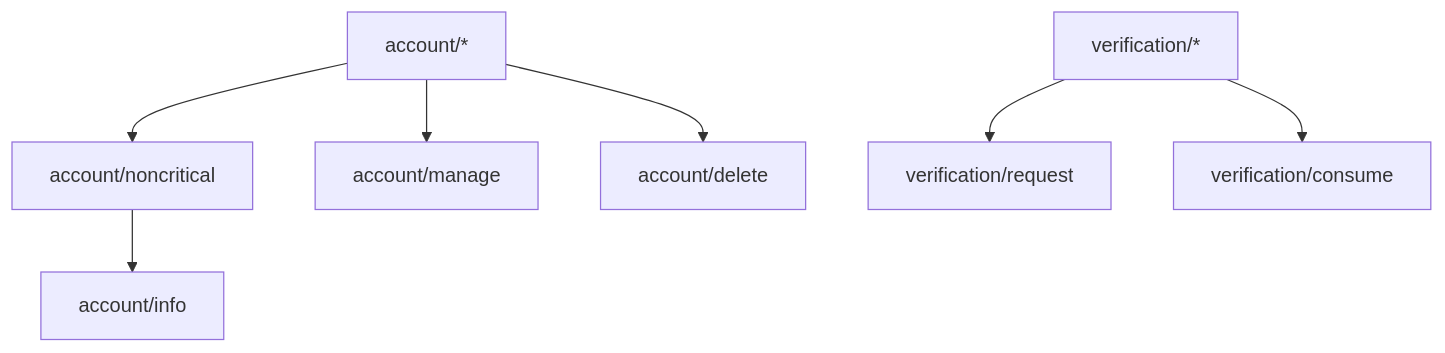
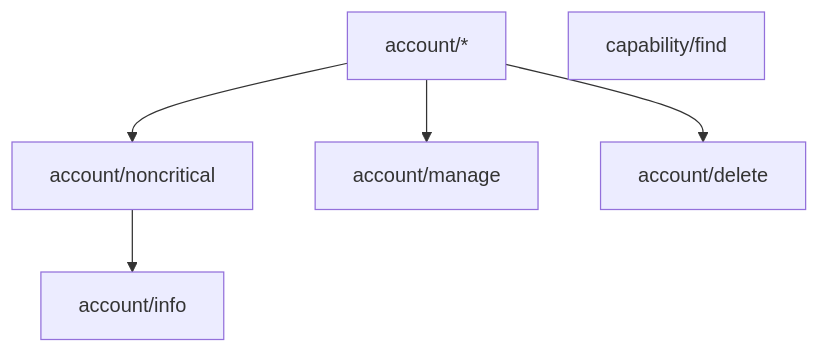
The diagram in design/api.md (fission-codes/fission-server), drawn with Mermaid before and after one commit. The commit also changed other lines of this file, not shown here.

Commit message:
docs(api-design): Don't associate verification codes to device DIDs

````diff
--- a/design/api.md
+++ b/design/api.md
@@ -171,9 +179,8 @@
 ```mermaid
 flowchart TD
     Star["account/*"] --> Noncrit["account/noncritical"]
     Noncrit --> Info["account/info"]
     Star --> Manage["account/manage"]
     Star --> Delete["account/delete"]
-    VStar["verification/*"] --> VReq["verification/request"]
-    VStar --> VCons["verification/consume"]
+    CapFind["capability/find"]
 ```
````
